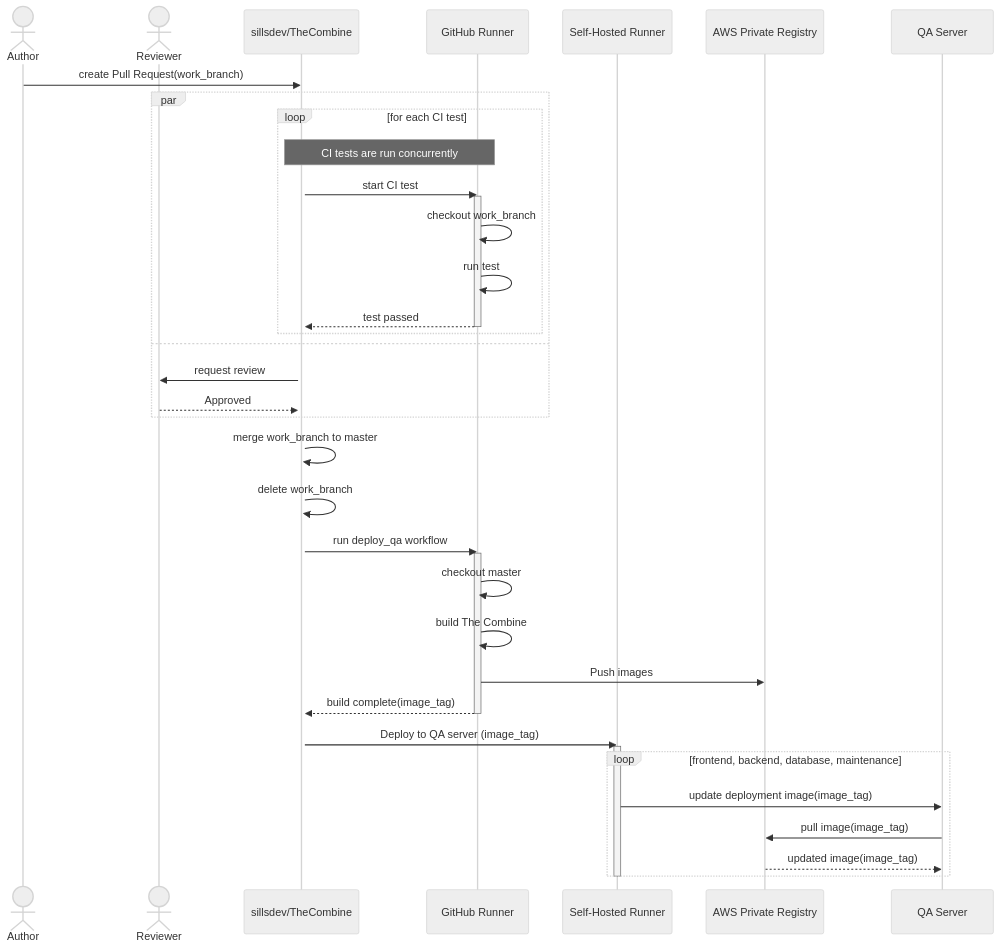
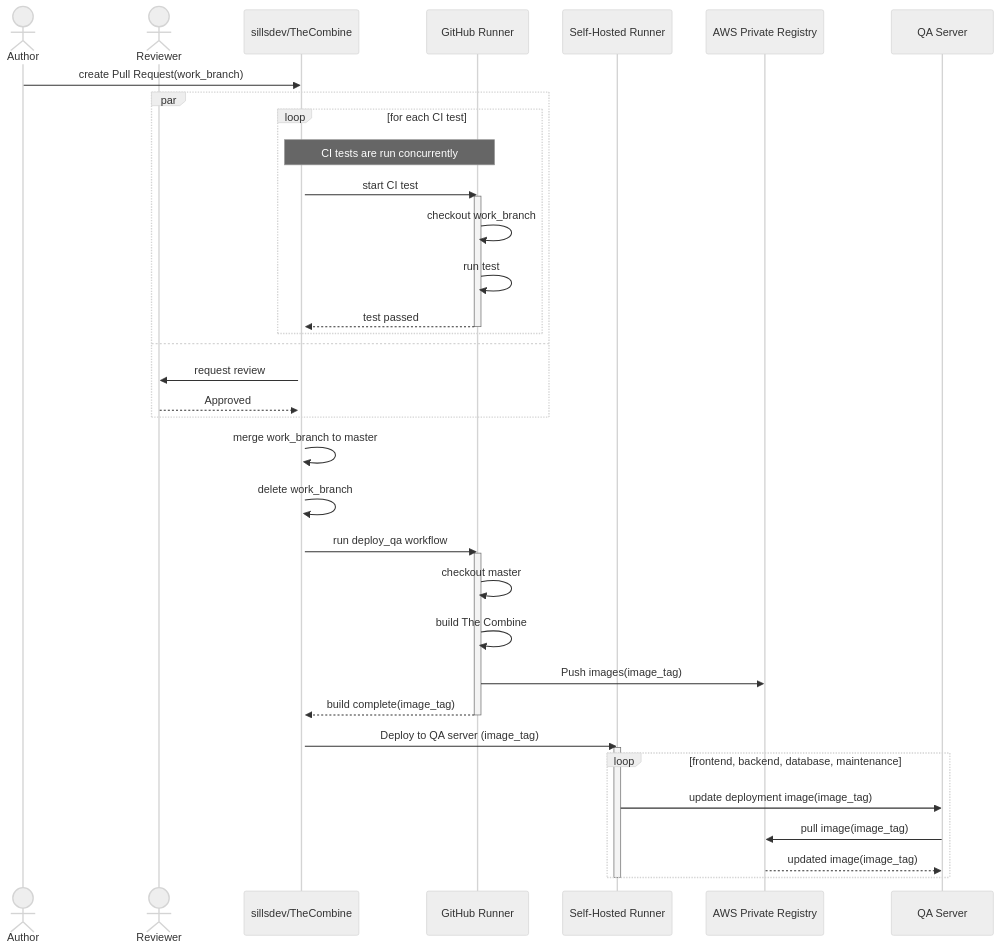
The first of 2 diagrams in README.md (sillsdev/TheCombine), drawn with Mermaid (neutral theme) before and after one commit. The commit also changed other lines of this file, not shown here.

Commit message:
Update CI/CD sequence diagrams

````diff
--- a/README.md
+++ b/README.md
@@ -968,43 +968,43 @@
 ```mermaid
 sequenceDiagram
    actor Author
    actor Reviewer
    participant github as sillsdev/TheCombine
    participant gh_runner as GitHub Runner
    participant sh_runner as Self-Hosted Runner
    participant reg as AWS Private Registry
    participant server as QA Server
    Author ->> github: create Pull Request(work_branch)
    activate github
    par
       loop for each CI test
         Note over github,gh_runner: CI tests are run concurrently
         github ->> gh_runner: start CI test
          activate gh_runner
             gh_runner ->> gh_runner: checkout work_branch
             gh_runner ->> gh_runner: run test
             gh_runner -->> github: test passed
          deactivate gh_runner
       end
    and
       github ->> Reviewer: request review
       Reviewer -->> github: Approved
    end
    github ->> github: merge work_branch to master
    github ->> github: delete work_branch
    github ->> gh_runner: run deploy_qa workflow
    activate gh_runner
    gh_runner ->> gh_runner: checkout master
    gh_runner ->> gh_runner: build The Combine
-   gh_runner ->> reg: Push images
+   gh_runner ->> reg: Push images(image_tag)
    gh_runner -->> github: build complete(image_tag)
    deactivate gh_runner
    github ->> sh_runner: Deploy to QA server (image_tag)
    activate sh_runner
    loop frontend, backend, database, maintenance
       sh_runner ->> server: update deployment image(image_tag)
       server ->> reg: pull image(image_tag)
       reg -->> server: updated image(image_tag)
    end
    deactivate sh_runner
 ```
````
